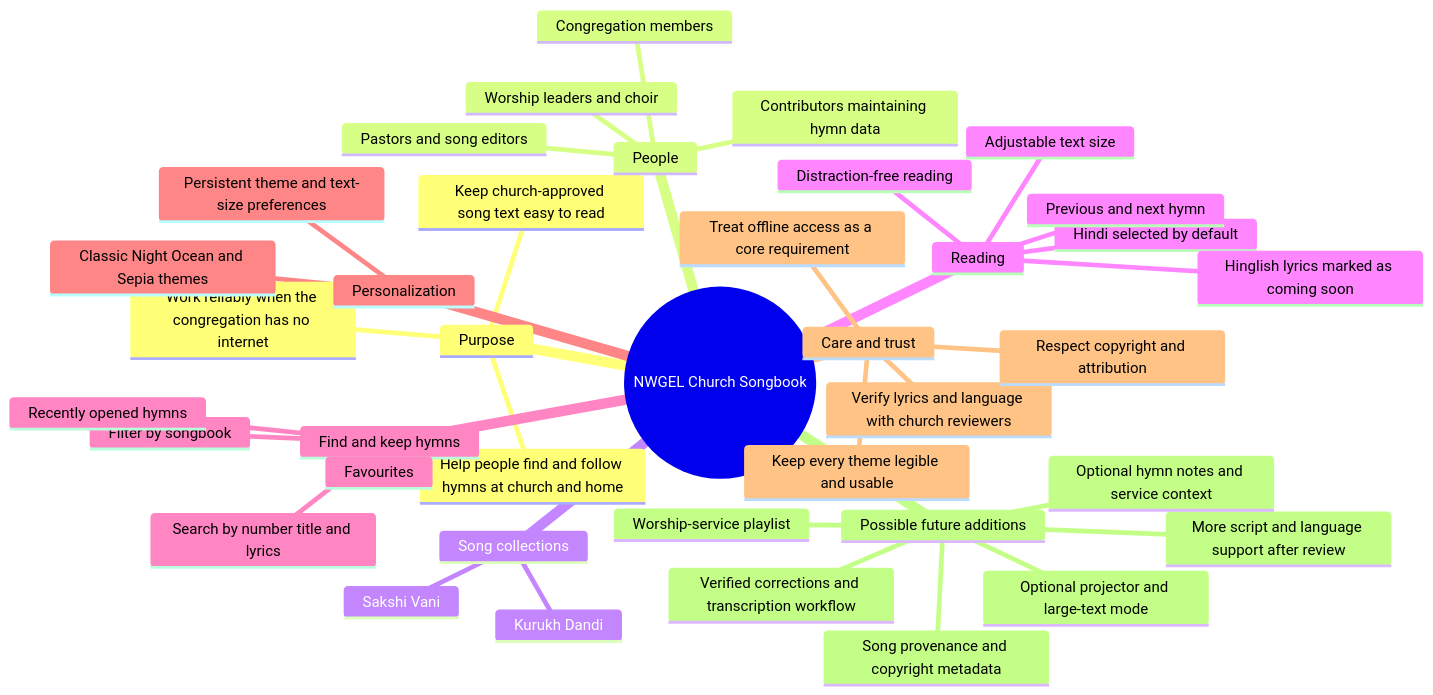
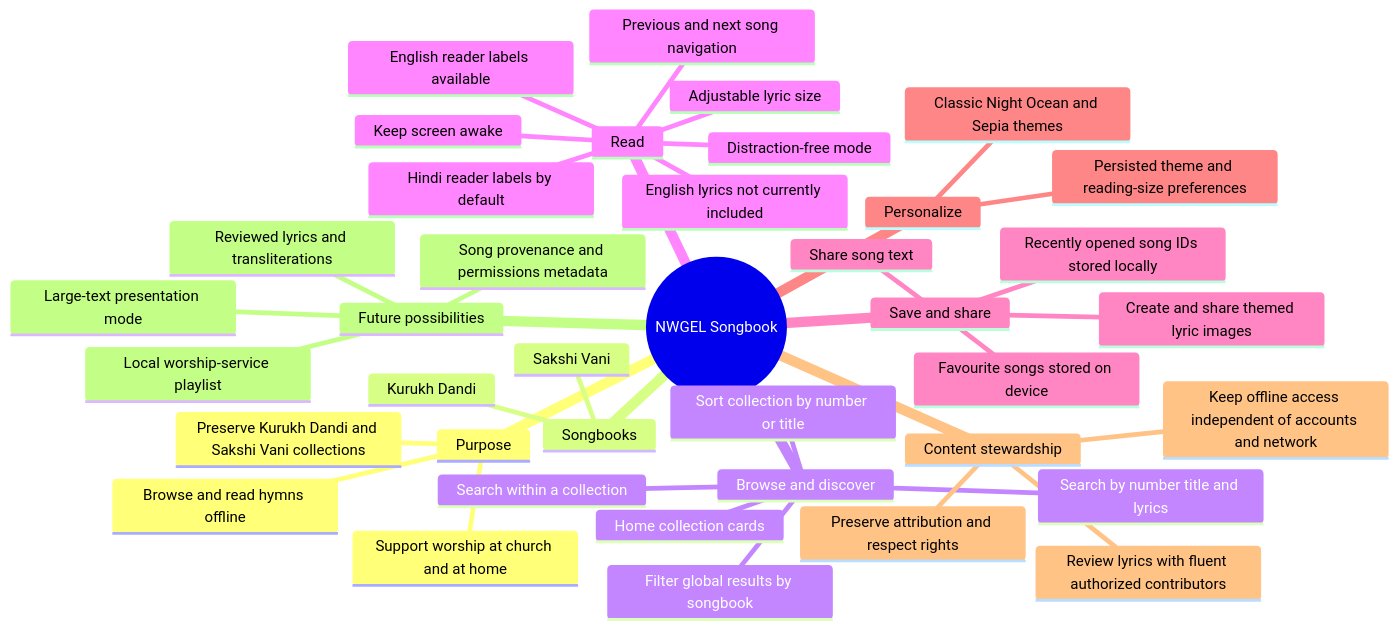
Before and after one commit to AmanMInz-in/NWGEL-Songbook: the diagram in mindmap.md, drawn with Mermaid. The commit also changed other lines of this file and 47 other files, not shown here.

````diff
--- a/mindmap.md
+++ b/mindmap.md
@@ -5,42 +5,42 @@
 ```mermaid
 mindmap
-  root((NWGEL Church Songbook))
+  root((NWGEL Songbook))
     Purpose
-      Help people find and follow hymns at church and home
-      Keep church-approved song text easy to read
-      Work reliably when the congregation has no internet
-    People
-      Congregation members
-      Worship leaders and choir
-      Pastors and song editors
-      Contributors maintaining hymn data
-    Song collections
+      Browse and read hymns offline
+      Support worship at church and at home
+      Preserve Kurukh Dandi and Sakshi Vani collections
+    Songbooks
       Kurukh Dandi
       Sakshi Vani
-    Reading
-      Hindi selected by default
-      Hinglish lyrics marked as coming soon
-      Adjustable text size
-      Distraction-free reading
-      Previous and next hymn
-    Find and keep hymns
+    Browse and discover
+      Home collection cards
       Search by number title and lyrics
-      Filter by songbook
-      Favourites
-      Recently opened hymns
-    Personalization
+      Filter global results by songbook
+      Search within a collection
+      Sort collection by number or title
+    Read
+      Hindi reader labels by default
+      English reader labels available
+      English lyrics not currently included
+      Adjustable lyric size
+      Distraction-free mode
+      Keep screen awake
+      Previous and next song navigation
+    Save and share
+      Favourite songs stored on device
+      Recently opened song IDs stored locally
+      Share song text
+      Create and share themed lyric images
+    Personalize
       Classic Night Ocean and Sepia themes
-      Persistent theme and text-size preferences
-    Care and trust
-      Verify lyrics and language with church reviewers
-      Respect copyright and attribution
-      Keep every theme legible and usable
-      Treat offline access as a core requirement
-    Possible future additions
-      Worship-service playlist
-      Optional projector and large-text mode
-      Verified corrections and transcription workflow
-      More script and language support after review
-      Song provenance and copyright metadata
-      Optional hymn notes and service context
+      Persisted theme and reading-size preferences
+    Content stewardship
+      Review lyrics with fluent authorized contributors
+      Preserve attribution and respect rights
+      Keep offline access independent of accounts and network
+    Future possibilities
+      Local worship-service playlist
+      Large-text presentation mode
+      Reviewed lyrics and transliterations
+      Song provenance and permissions metadata
 ```
````
